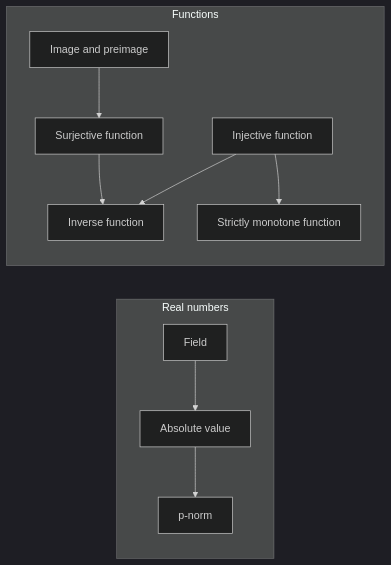
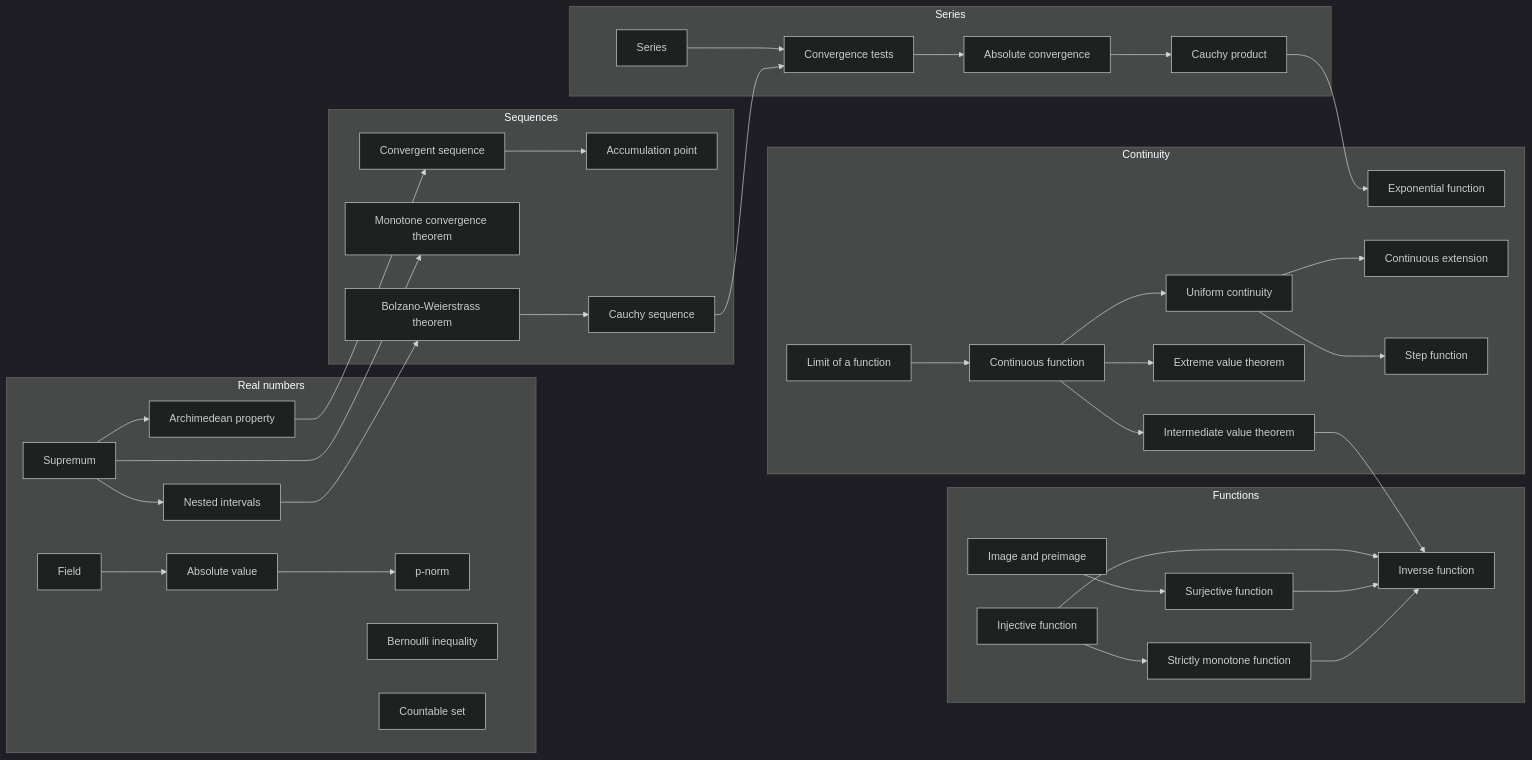
One commit to ren-ben/kaelearn changed the first of 4 diagrams in ATLAS.md. Above: the diagram before and after it, drawn with Mermaid (dark theme). The commit also changed other lines of this file and 6 other files, not shown here.

````diff
--- a/ATLAS.md
+++ b/ATLAS.md
@@ -31,13 +34,40 @@
 ```mermaid
 flowchart LR
   subgraph RN[Real numbers]
     F[Field] --> AV[Absolute value] --> PN[p-norm]
+    BI[Bernoulli inequality]
+    SUP[Supremum] --> AR[Archimedean property]
+    SUP --> NI[Nested intervals]
+    CS[Countable set]
   end
   subgraph FN[Functions]
     IP[Image and preimage]
     INJ[Injective function] --> INV[Inverse function]
     SUR[Surjective function] --> INV
     INJ --> SM[Strictly monotone function]
   end
+  subgraph SQ[Sequences]
+    CV[Convergent sequence] --> AP[Accumulation point]
+    MC[Monotone convergence theorem]
+    BW[Bolzano-Weierstrass theorem] --> CY[Cauchy sequence]
+  end
+  subgraph SR[Series]
+    SE[Series] --> CT[Convergence tests] --> AC[Absolute convergence] --> CP[Cauchy product]
+  end
+  subgraph CO[Continuity]
+    EX[Exponential function]
+    LF[Limit of a function] --> CF[Continuous function]
+    CF --> IVT[Intermediate value theorem]
+    CF --> EVT[Extreme value theorem]
+    CF --> UC[Uniform continuity] --> CE[Continuous extension]
+    UC --> STF[Step function]
+  end
   IP --> SUR
+  AR --> CV
+  SUP --> MC
+  NI --> BW
+  CY --> CT
+  CP --> EX
+  IVT --> INV
+  SM --> INV
 ```
````
